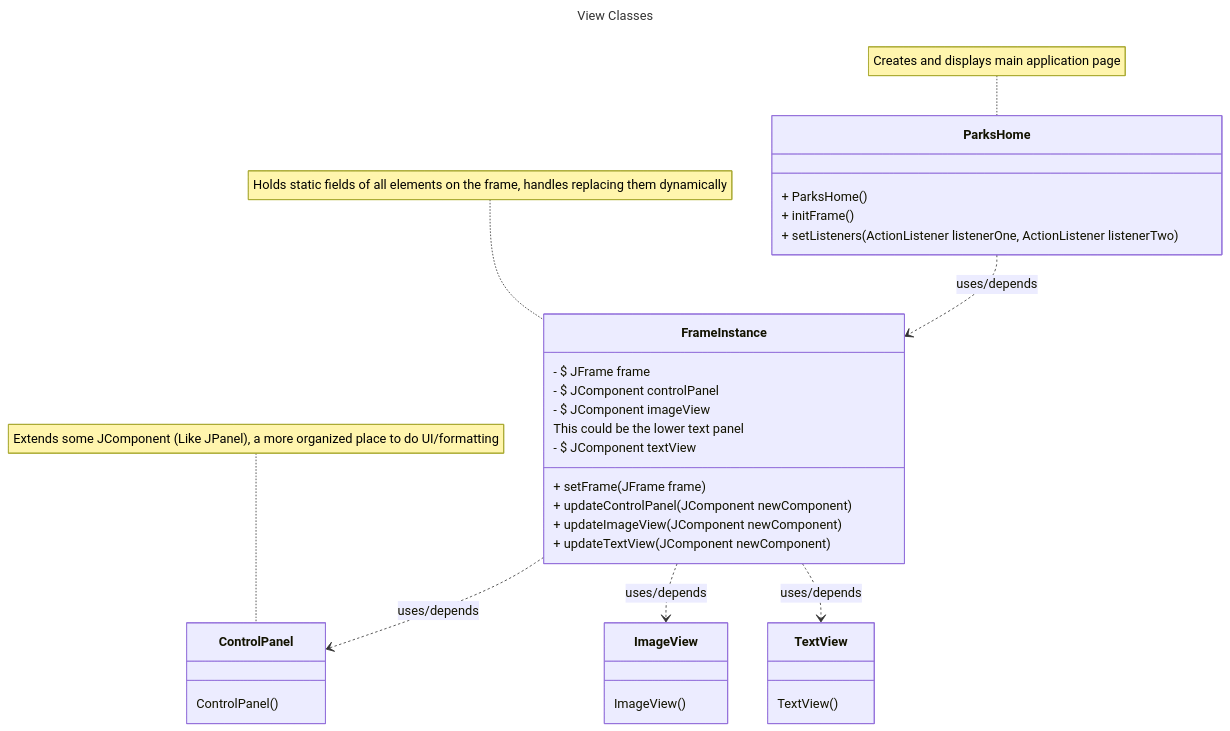
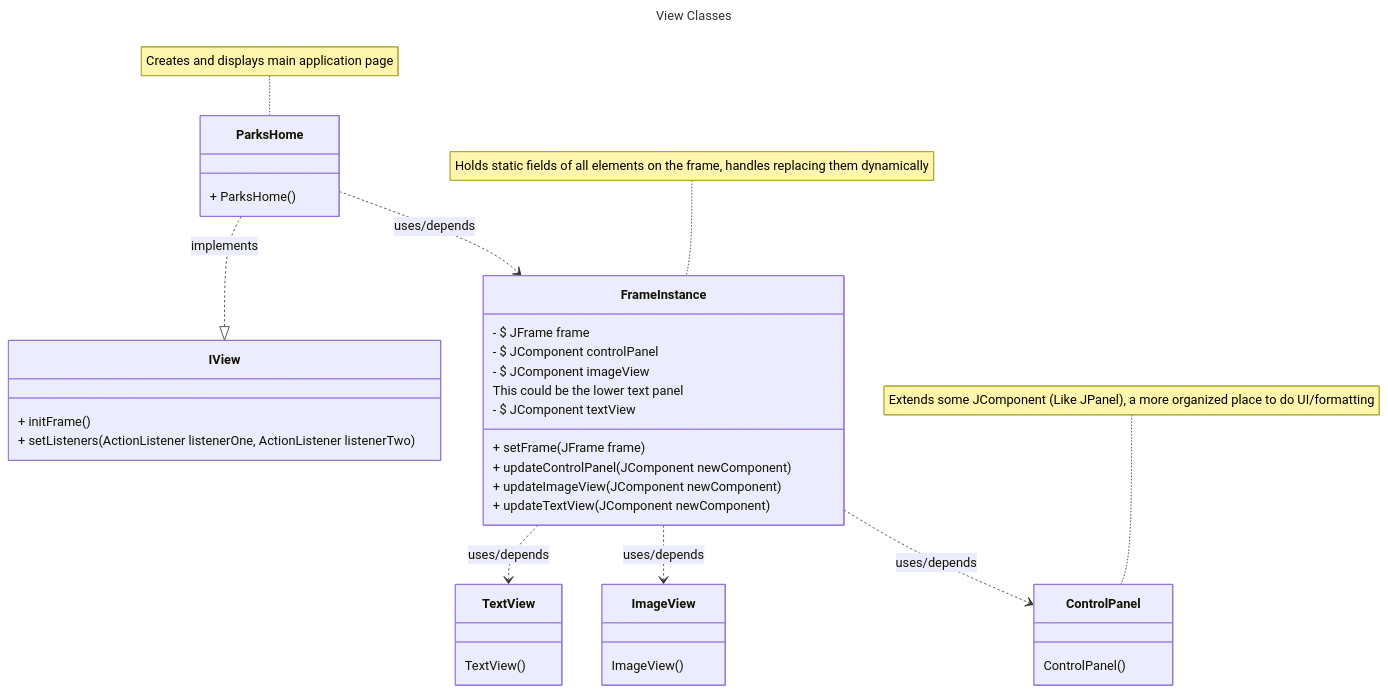
The second of 4 diagrams in DesignDocuments/InitialDesign.md (Sp25-CS5004-Online-Lionelle/final-project-group-6), drawn with Mermaid before and after one commit. The commit also changed other lines of this file and 8 other files, not shown here.

````diff
--- a/DesignDocuments/InitialDesign.md
+++ b/DesignDocuments/InitialDesign.md
@@ -70,51 +73,54 @@
 ```mermaid
 ---
 title: View Classes
 ---
 classDiagram
     note for FrameInstance "Holds static fields of all elements on the frame, handles replacing them dynamically"
     %% This is just one way we structure our UI, the benefit to this approach is that we can %%
     %% change the UI easily from the controller since static fields are accessible anywhere %%
     ParksHome ..> FrameInstance : uses/depends
     FrameInstance ..> ControlPanel : uses/depends
     FrameInstance ..> ImageView : uses/depends
     FrameInstance ..> TextView : uses/depends
     class FrameInstance {
         - $ JFrame frame
 
         <!-- This could be the upper panel that holds the text box and buttons -->
         - $ JComponent controlPanel
 
         <!-- This could be the middle panel that holds the gallery of images -->
         - $ JComponent imageView
 
         This could be the lower text panel
         - $ JComponent textView
 
         + setFrame(JFrame frame)
         + updateControlPanel(JComponent newComponent)
         + updateImageView(JComponent newComponent)
         + updateTextView(JComponent newComponent)
     }
     note for ControlPanel "Extends some JComponent (Like JPanel), a more organized place to do UI/formatting"
     class ControlPanel {
         ControlPanel()
         <!-- Can call superclass in constructor, then do all the custom UI work here -->
     }
     class ImageView {
         ImageView()
         <!-- Can call superclass in constructor, then do all the custom UI work here -->
     }
     class TextView {
         TextView()
         <!-- Can call superclass in constructor, then do all the custom UI work here -->
     }
+    class IView {
+        <!-- Uses FrameInstance to add ParksHome to frame -->
+        + initFrame()
+        + setListeners(ActionListener listenerOne, ActionListener listenerTwo)
+    }
+    ParksHome ..|> IView : implements
     note for ParksHome "Creates and displays main application page"
     class ParksHome {
         <!-- Assembles all other UI components into the frame, initializes and customizes frame -->
         + ParksHome()
-        <!-- Uses FrameInstance to add ParksHome to frame -->
-        + initFrame()
-        + setListeners(ActionListener listenerOne, ActionListener listenerTwo)
     }
 ```
````
